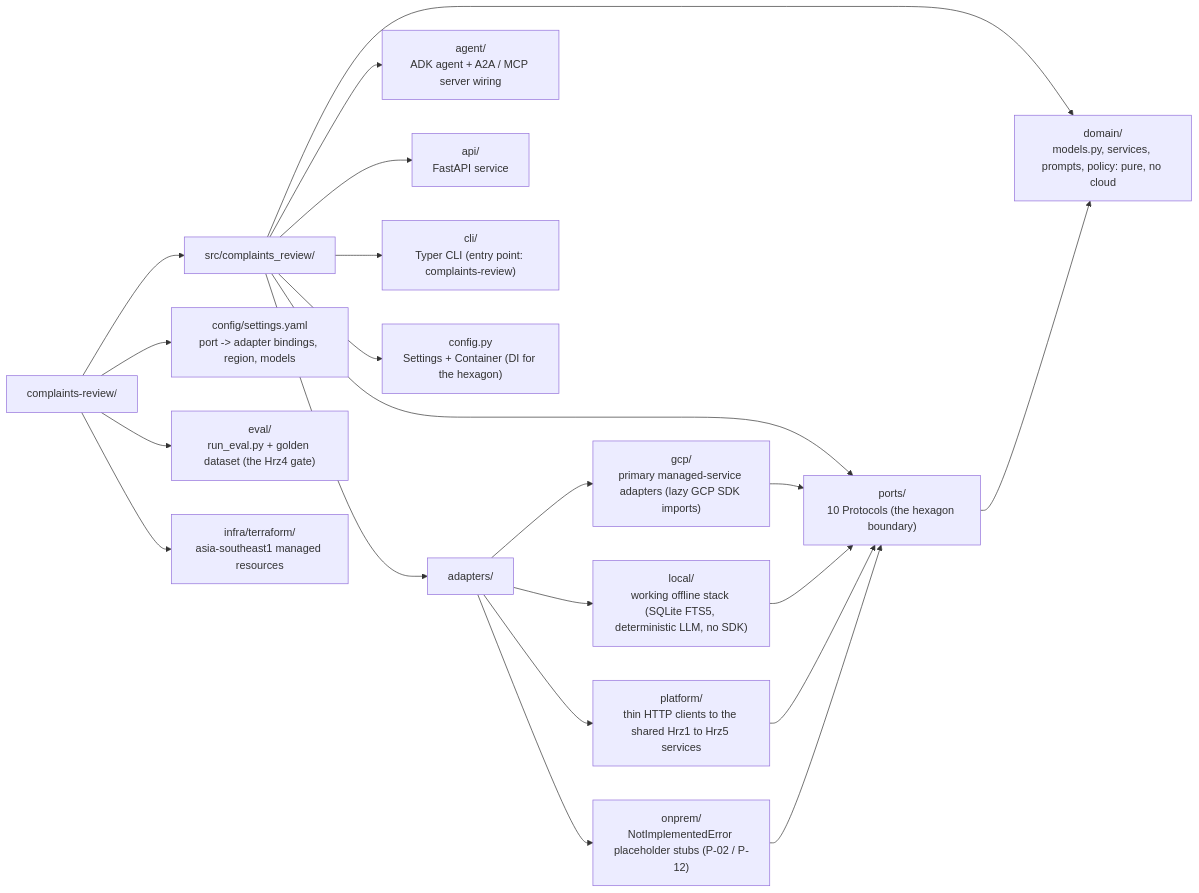
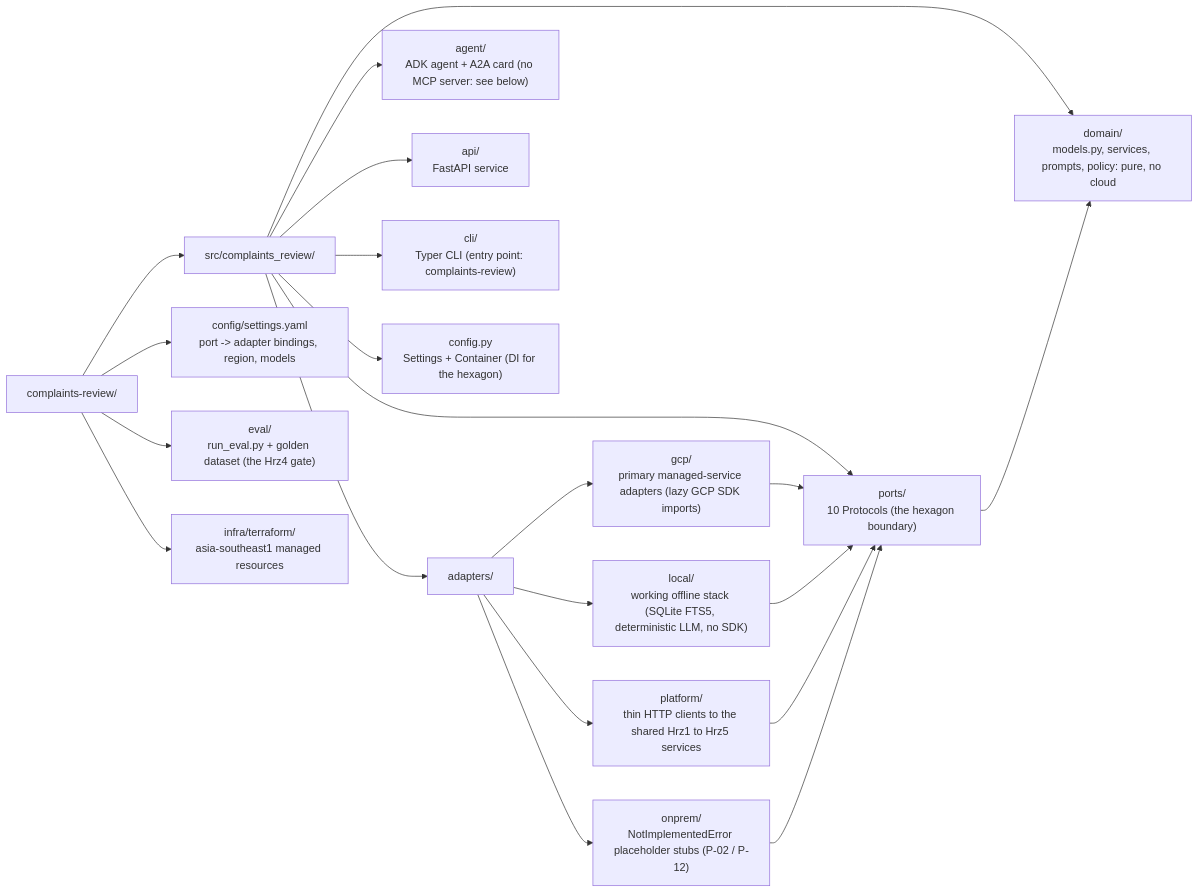
Before and after one commit to portable-genai/complaints-review: the diagram in ARCHITECTURE.md, drawn with Mermaid. The commit also changed other lines of this file and 1 other file, not shown here.

First line of the commit message:
Stop claiming an MCP server this repo does not have, and say why it does not

````diff
--- a/ARCHITECTURE.md
+++ b/ARCHITECTURE.md
@@ -12,40 +12,40 @@
 ```mermaid
 flowchart LR
     root["complaints-review/"]
     src["src/complaints_review/"]
     domain["domain/<br/>models.py, services, prompts, policy: pure, no cloud"]
     ports["ports/<br/>10 Protocols (the hexagon boundary)"]
     adapters["adapters/"]
     gcp["gcp/<br/>primary managed-service adapters (lazy GCP SDK imports)"]
     local["local/<br/>working offline stack (SQLite FTS5, deterministic LLM, no SDK)"]
     platform["platform/<br/>thin HTTP clients to the shared Hrz1 to Hrz5 services"]
     onprem["onprem/<br/>NotImplementedError placeholder stubs (P-02 / P-12)"]
-    agent["agent/<br/>ADK agent + A2A / MCP server wiring"]
+    agent["agent/<br/>ADK agent + A2A card (no MCP server: see below)"]
     api["api/<br/>FastAPI service"]
     cli["cli/<br/>Typer CLI (entry point: complaints-review)"]
     srcconfig["config.py<br/>Settings + Container (DI for the hexagon)"]
     cfg["config/settings.yaml<br/>port -> adapter bindings, region, models"]
     eval["eval/<br/>run_eval.py + golden dataset (the Hrz4 gate)"]
     infra["infra/terraform/<br/>asia-southeast1 managed resources"]
 
     root --> src
     root --> cfg
     root --> eval
     root --> infra
     src --> domain
     src --> ports
     src --> adapters
     src --> agent
     src --> api
     src --> cli
     src --> srcconfig
     adapters --> gcp
     adapters --> local
     adapters --> platform
     adapters --> onprem
     ports --> domain
     gcp --> ports
     local --> ports
     platform --> ports
     onprem --> ports
 ```
````
